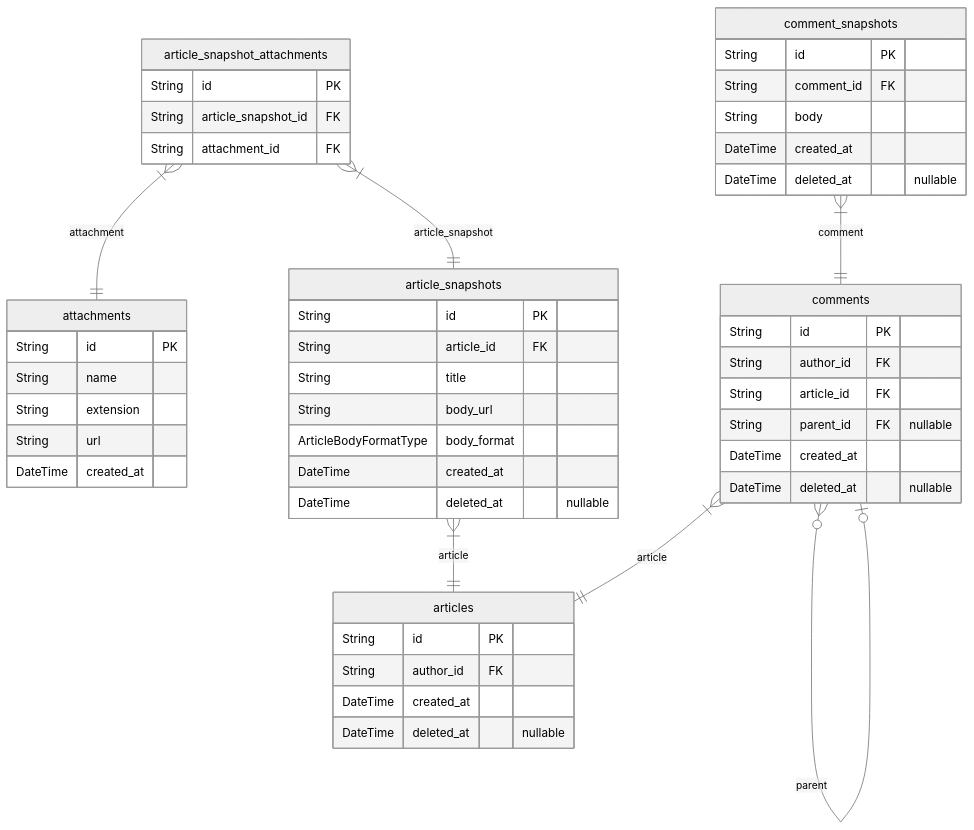
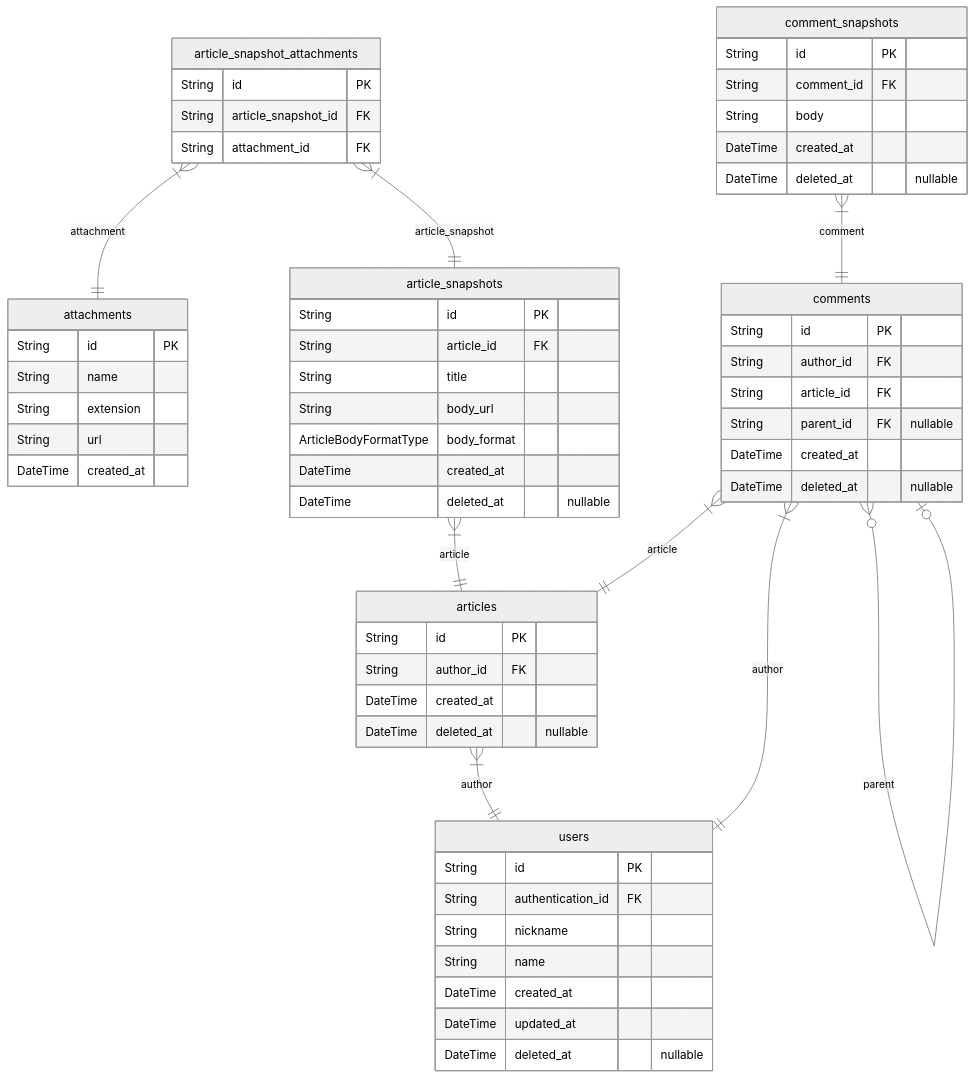
Before and after one commit to rojiwon123/bbs: the first of 2 diagrams in ERD.md, drawn with Mermaid (neutral theme). The commit also changed other lines of this file and 3 other files, not shown here.

````diff
--- a/ERD.md
+++ b/ERD.md
@@ -10,51 +10,62 @@
 ```mermaid
 erDiagram
 attachments {
     String id PK
     String name
     String extension
     String url
     DateTime created_at
 }
 articles {
     String id PK
     String author_id FK
     DateTime created_at
     DateTime deleted_at "nullable"
 }
 article_snapshots {
     String id PK
     String article_id FK
     String title
     String body_url
     ArticleBodyFormatType body_format
     DateTime created_at
     DateTime deleted_at "nullable"
 }
 article_snapshot_attachments {
     String id PK
     String article_snapshot_id FK
     String attachment_id FK
 }
 comments {
     String id PK
     String author_id FK
     String article_id FK
     String parent_id FK "nullable"
     DateTime created_at
     DateTime deleted_at "nullable"
 }
 comment_snapshots {
     String id PK
     String comment_id FK
     String body
     DateTime created_at
     DateTime deleted_at "nullable"
 }
+users {
+    String id PK
+    String authentication_id FK
+    String nickname
+    String name
+    DateTime created_at
+    DateTime updated_at
+    DateTime deleted_at "nullable"
+}
+articles }|--|| users : author
 article_snapshots }|--|| articles : article
 article_snapshot_attachments }|--|| article_snapshots : article_snapshot
 article_snapshot_attachments }|--|| attachments : attachment
+comments }|--|| users : author
 comments }|--|| articles : article
 comments }o--o| comments : parent
 comment_snapshots }|--|| comments : comment
 ```
````
